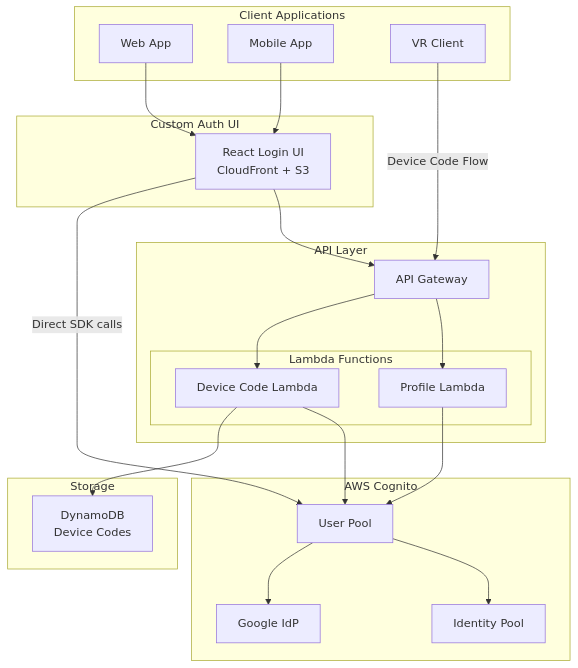
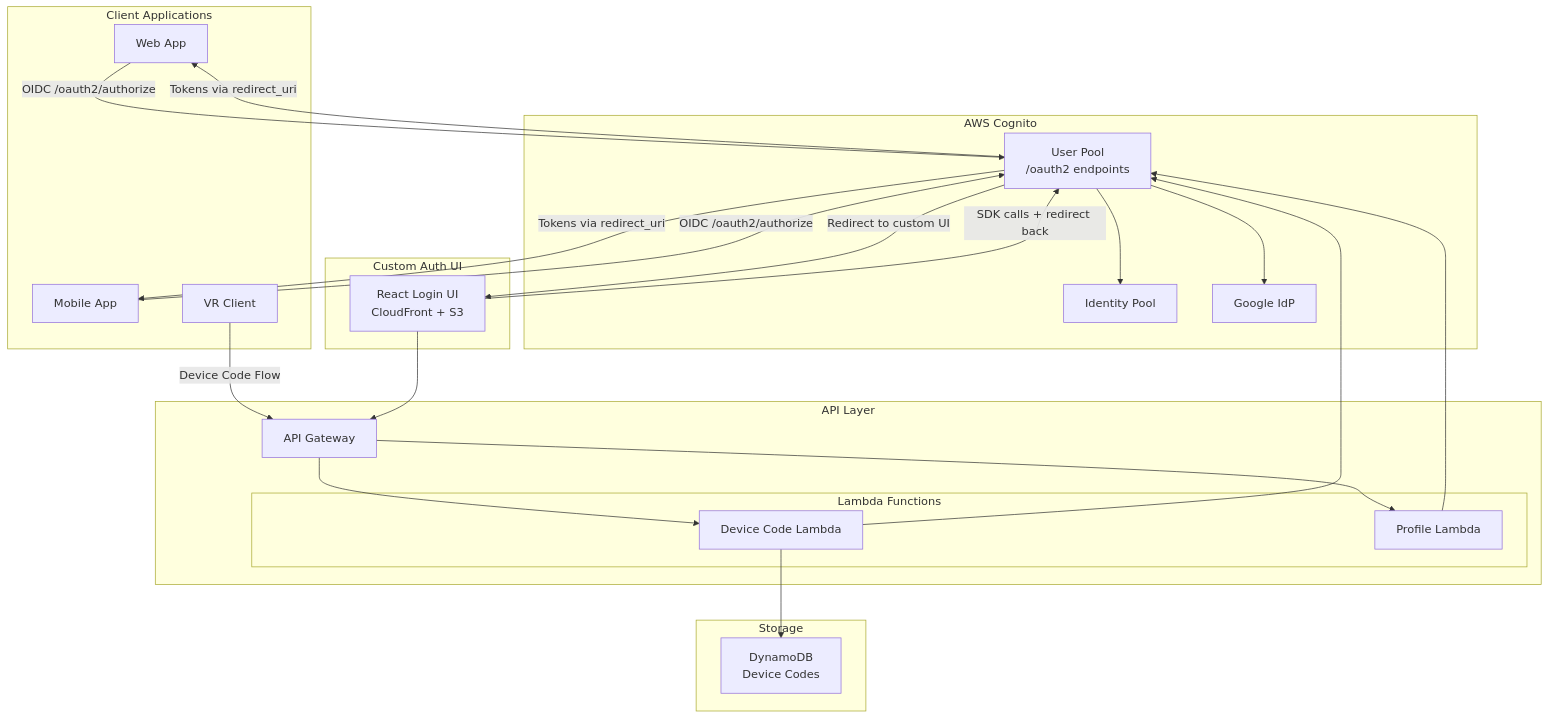
Before and after one commit to dumip/tsz-idp: the first of 6 diagrams in .kiro/specs/thesafezone-idp/design.md, drawn with Mermaid. The commit also changed other lines of this file and 1 other file, not shown here.

Commit message:
Updated tasks to reflect OIDC standard

````diff
--- a/.kiro/specs/thesafezone-idp/design.md
+++ b/.kiro/specs/thesafezone-idp/design.md
@@ -16,46 +16,50 @@
 ```mermaid
 graph TB
     subgraph "Client Applications"
         WEB[Web App]
         MOBILE[Mobile App]
         VR[VR Client]
     end
 
     subgraph "Custom Auth UI"
         LOGIN[React Login UI<br/>CloudFront + S3]
     end
 
     subgraph "API Layer"
         APIGW[API Gateway]
         subgraph "Lambda Functions"
             DEVICE_CODE[Device Code Lambda]
             PROFILE[Profile Lambda]
         end
     end
 
     subgraph "AWS Cognito"
-        UP[User Pool]
+        UP[User Pool<br/>/oauth2 endpoints]
         IP[Identity Pool]
         GOOGLE[Google IdP]
     end
 
     subgraph "Storage"
         DDB[DynamoDB<br/>Device Codes]
     end
 
-    WEB --> LOGIN
-    MOBILE --> LOGIN
+    WEB -->|OIDC /oauth2/authorize| UP
+    MOBILE -->|OIDC /oauth2/authorize| UP
+    UP -->|Redirect to custom UI| LOGIN
+    LOGIN -->|SDK calls + redirect back| UP
+    UP -->|Tokens via redirect_uri| WEB
+    UP -->|Tokens via redirect_uri| MOBILE
+
     VR -->|Device Code Flow| APIGW
 
-    LOGIN -->|Direct SDK calls| UP
     LOGIN --> APIGW
     APIGW --> DEVICE_CODE
     APIGW --> PROFILE
 
     DEVICE_CODE --> DDB
     DEVICE_CODE --> UP
     PROFILE --> UP
 
     UP --> GOOGLE
     UP --> IP
 ```
````
